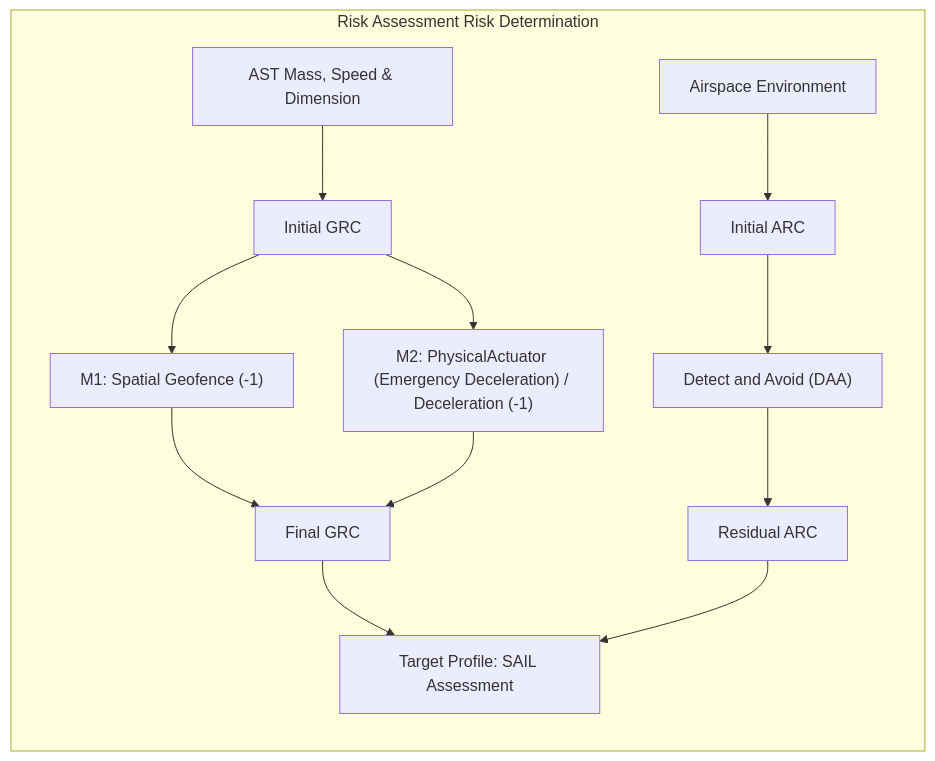
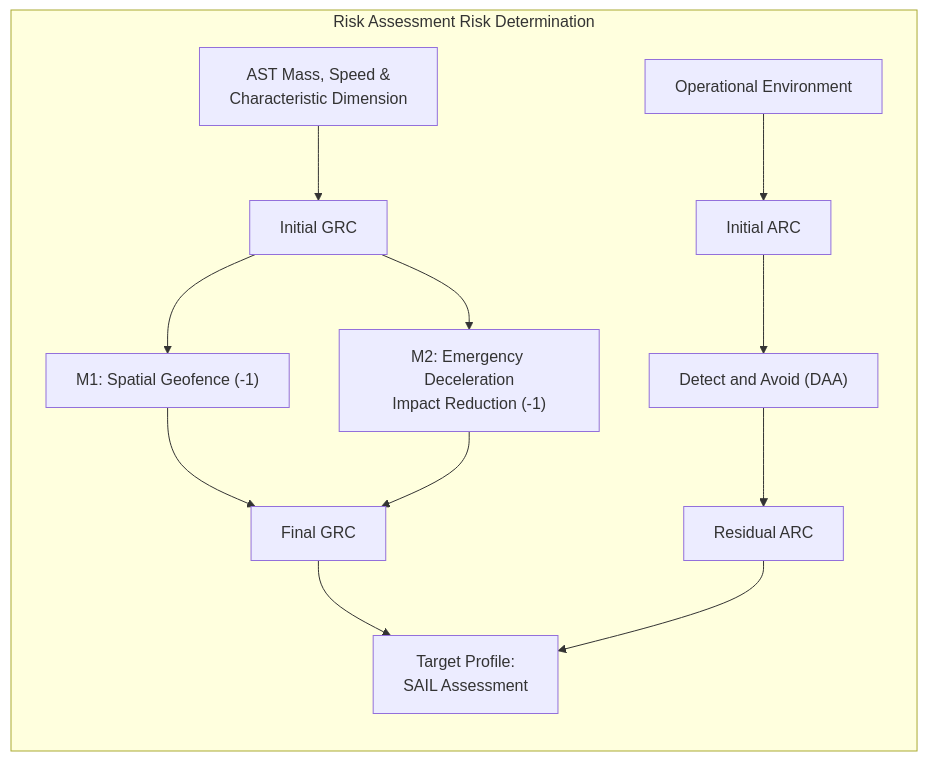
The sixth of 11 diagrams in docs/architecture/blueprints/DEAP_DETERMINISTIC_SAFETY_SPECIFICATION_COMPILER_BLUEPRINT.md (gintatkinson/DEAP01-spec-core), drawn with Mermaid before and after one commit. The commit also changed other lines of this file and 28 other files, not shown here.

````diff
--- a/docs/architecture/blueprints/DEAP_DETERMINISTIC_SAFETY_SPECIFICATION_COMPILER_BLUEPRINT.md
+++ b/docs/architecture/blueprints/DEAP_DETERMINISTIC_SAFETY_SPECIFICATION_COMPILER_BLUEPRINT.md
@@ -546,14 +558,15 @@
 ```mermaid
-flowchart LR
+flowchart TD
     subgraph "Risk Assessment Risk Determination"
-        AST_Params["AST Mass, Speed & Dimension"] --> IntGRC["Initial GRC"]
+        direction TB
+        AST_Params["AST Mass, Speed &<br/>Characteristic Dimension"] --> IntGRC["Initial GRC"]
         IntGRC --> M1["M1: Spatial Geofence (-1)"]
-        IntGRC --> M2["M2: PhysicalActuator (Emergency Deceleration) / Deceleration (-1)"]
+        IntGRC --> M2["M2: Emergency Deceleration<br/>Impact Reduction (-1)"]
         M1 & M2 --> FinalGRC["Final GRC"]
 
-        Airspace["Airspace Environment"] --> IntARC["Initial ARC"]
+        Airspace["Operational Environment"] --> IntARC["Initial ARC"]
         IntARC --> DAA["Detect and Avoid (DAA)"] --> ResARC["Residual ARC"]
 
-        FinalGRC & ResARC --> SAIL["Target Profile: SAIL Assessment"]
+        FinalGRC & ResARC --> SAIL["Target Profile:<br/>SAIL Assessment"]
     end
 ```
````
